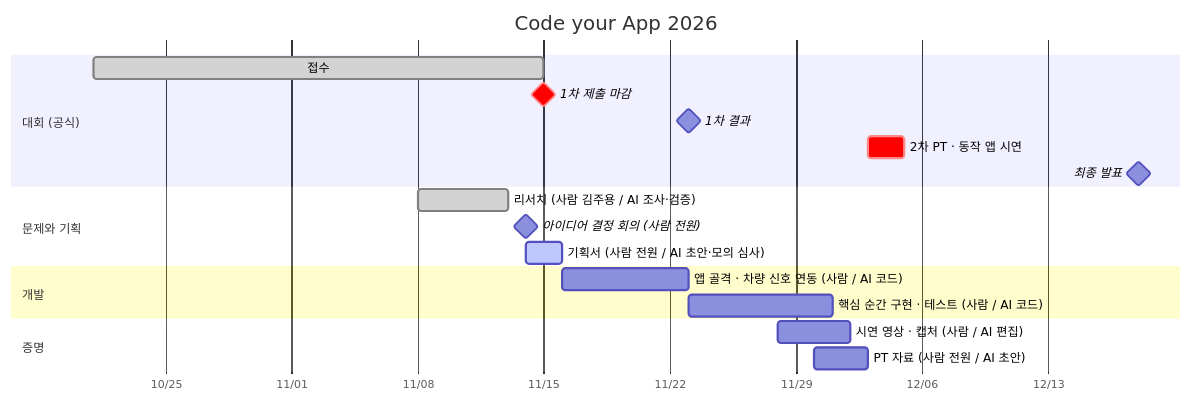
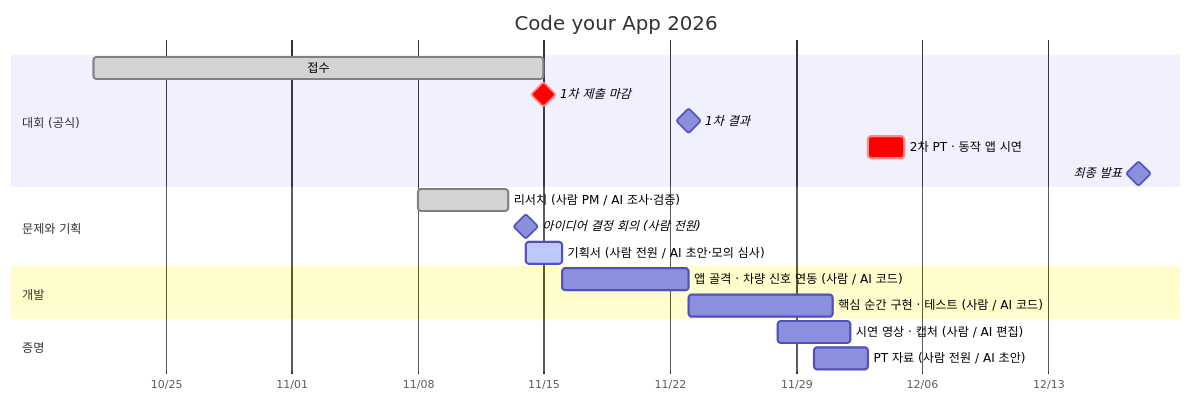
Before and after one commit to mangsanggwedo-team/codeyourapp-submission: the diagram in ROADMAP.md, drawn with Mermaid. The commit also changed 20 other files, not shown here.

````diff
--- a/ROADMAP.md
+++ b/ROADMAP.md
@@ -7,22 +7,22 @@
 ```mermaid
 gantt
     title Code your App 2026
     dateFormat YYYY-MM-DD
     axisFormat %m/%d
     section 대회 (공식)
     접수                         :done, 2026-10-21, 2026-11-15
     1차 제출 마감                 :milestone, crit, 2026-11-15, 0d
     1차 결과                      :milestone, 2026-11-23, 0d
     2차 PT · 동작 앱 시연          :crit, 2026-12-03, 2d
     최종 발표                     :milestone, 2026-12-18, 0d
     section 문제와 기획
-    리서치 (사람 김주용 / AI 조사·검증)     :done, 2026-11-08, 2026-11-13
+    리서치 (사람 PM / AI 조사·검증)     :done, 2026-11-08, 2026-11-13
     아이디어 결정 회의 (사람 전원)           :milestone, 2026-11-14, 0d
     기획서 (사람 전원 / AI 초안·모의 심사)    :active, 2026-11-14, 2d
     section 개발
     앱 골격 · 차량 신호 연동 (사람 / AI 코드) :2026-11-16, 7d
     핵심 순간 구현 · 테스트 (사람 / AI 코드)  :2026-11-23, 8d
     section 증명
     시연 영상 · 캡처 (사람 / AI 편집)        :2026-11-28, 4d
     PT 자료 (사람 전원 / AI 초안)            :2026-11-30, 3d
 ```
````
